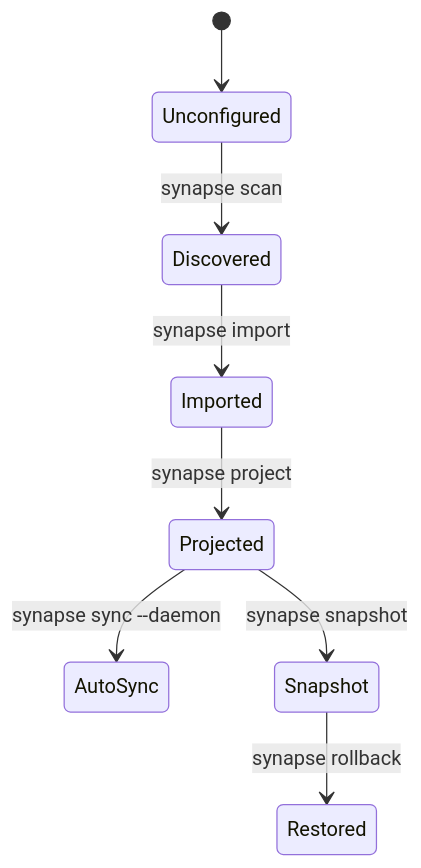
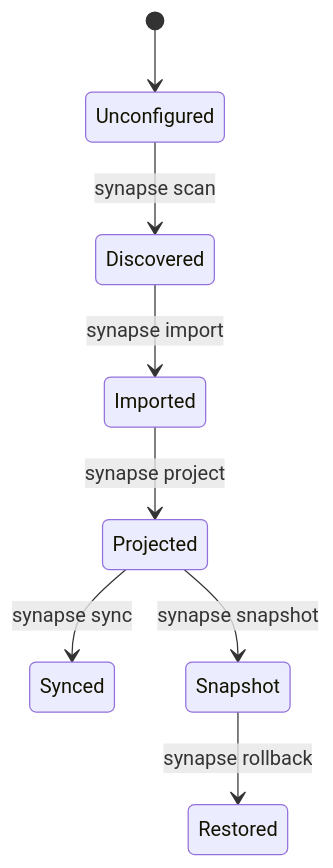
One commit to earnerbaymalay/synapse changed the second of 4 diagrams in docs/USER_GUIDE.md. Above: the diagram before and after it, drawn with Mermaid. The commit also changed other lines of this file and 9 other files, not shown here.

````diff
--- a/docs/USER_GUIDE.md
+++ b/docs/USER_GUIDE.md
@@ -74,10 +88,10 @@
 ```mermaid
 stateDiagram-v2
     [*] --> Unconfigured
     Unconfigured --> Discovered : synapse scan
     Discovered --> Imported : synapse import
     Imported --> Projected : synapse project
-    Projected --> AutoSync : synapse sync --daemon
+    Projected --> Synced : synapse sync
     Projected --> Snapshot : synapse snapshot
     Snapshot --> Restored : synapse rollback
 ```
````
